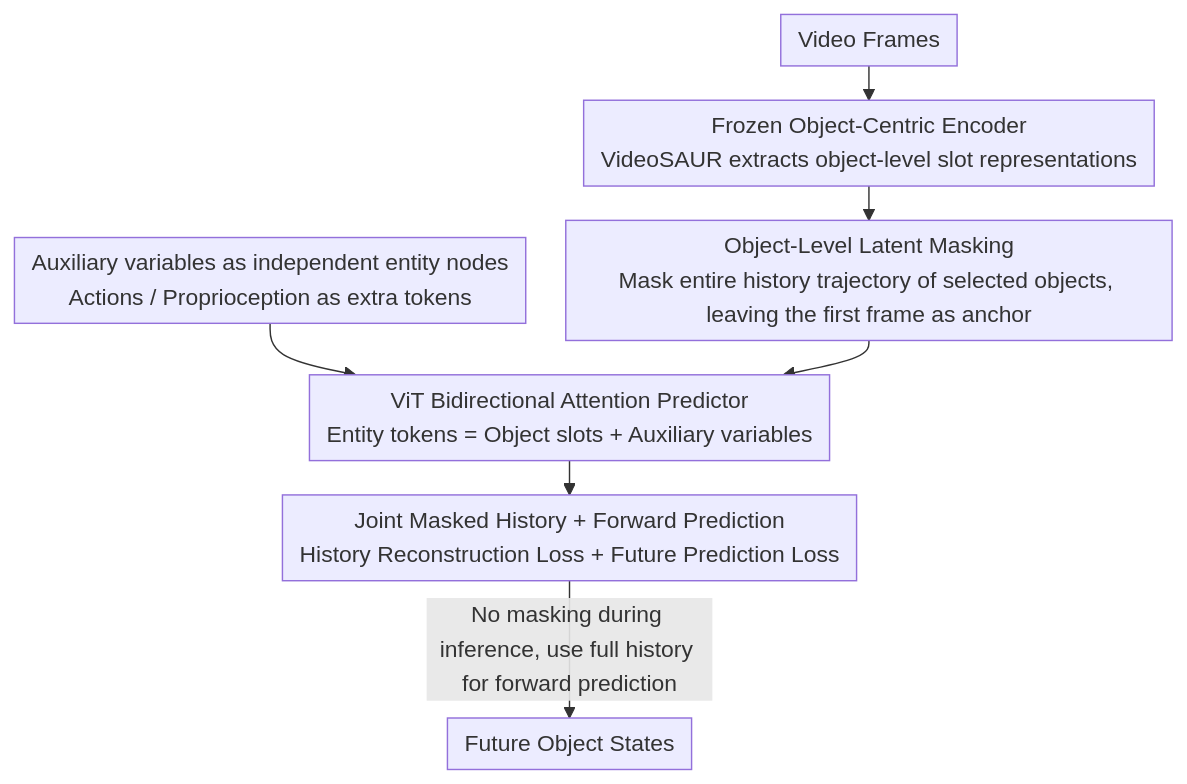
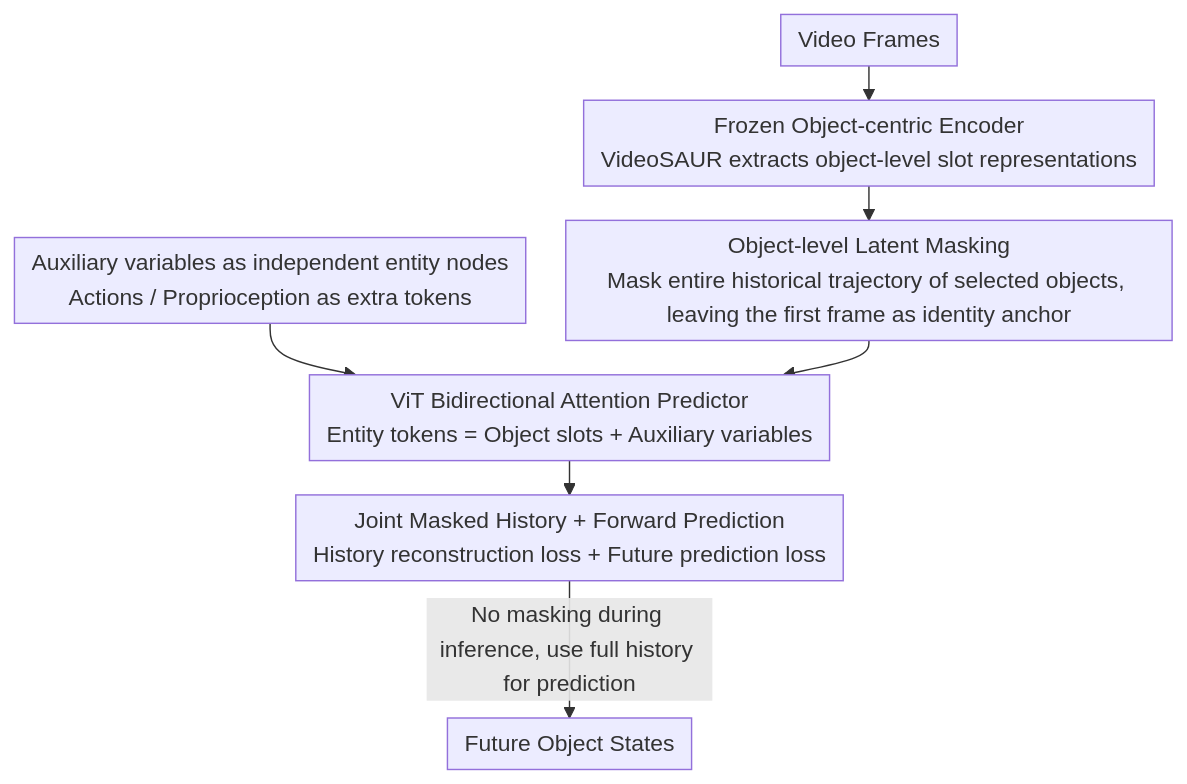
One commit to zhaoyang97/Paper-Notes-en changed the diagram in docs/ICML2026/causal_inference/causal-jepa_learning_world_models_through_object-level_latent_masking.md. Above: the diagram before and after it, drawn with Mermaid. The commit also changed other lines of this file and 5084 other files, not shown here.

````diff
--- a/docs/ICML2026/causal_inference/causal-jepa_learning_world_models_through_object-level_latent_masking.md
+++ b/docs/ICML2026/causal_inference/causal-jepa_learning_world_models_through_object-level_latent_masking.md
@@ -46,10 +46,10 @@
 ```mermaid
 %%{init: {'flowchart': {'rankSpacing': 24, 'nodeSpacing': 28, 'padding': 6, 'wrappingWidth': 400}}}%%
 flowchart TD
-    A["Video Frames"] --> B["Frozen Object-Centric Encoder<br/>VideoSAUR extracts object-level slot representations"]
-    B --> C["Object-Level Latent Masking<br/>Mask entire history trajectory of selected objects, leaving the first frame as anchor"]
+    A["Video Frames"] --> B["Frozen Object-centric Encoder<br/>VideoSAUR extracts object-level slot representations"]
+    B --> C["Object-level Latent Masking<br/>Mask entire historical trajectory of selected objects, leaving the first frame as identity anchor"]
     AUX["Auxiliary variables as independent entity nodes<br/>Actions / Proprioception as extra tokens"] --> D
     C --> D["ViT Bidirectional Attention Predictor<br/>Entity tokens = Object slots + Auxiliary variables"]
-    D --> E["Joint Masked History + Forward Prediction<br/>History Reconstruction Loss + Future Prediction Loss"]
-    E -->|"No masking during inference, use full history for forward prediction"| F["Future Object States"]
+    D --> E["Joint Masked History + Forward Prediction<br/>History reconstruction loss + Future prediction loss"]
+    E -->|"No masking during inference, use full history for prediction"| F["Future Object States"]
 ```
````
